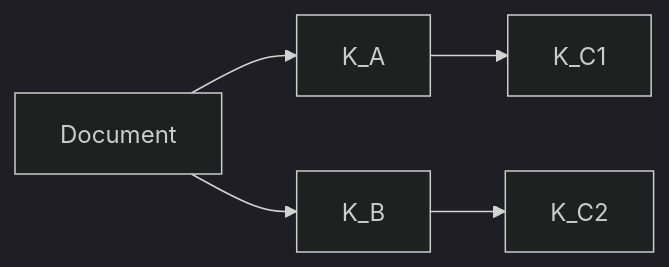
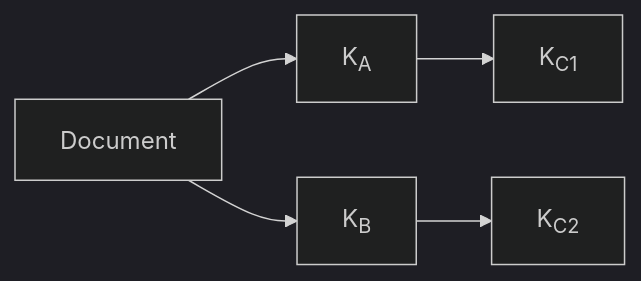
The fourth of 4 diagrams in feature-proposals/revocation.md (cryptpad/blueprints), drawn with Mermaid (dark theme) before and after one commit. The commit also changed other lines of this file, not shown here.

Commit message:
mermaid graphs in revocation.md

````diff
--- a/feature-proposals/revocation.md
+++ b/feature-proposals/revocation.md
@@ -871,6 +870,6 @@
-```mermaid
+<pre class="mermaid">
 graph LR
-Document --> A[K_A] & B[K_B]
-A --> K_C1
-B --> K_C2
-```
+Document --> A[K<sub>A</sub> ] & B[K<sub>B</sub> ]
+A --> K_C1[K<sub>C1</sub>]
+B --> K_C2[K<sub>C2</sub>]
+</pre>
````
